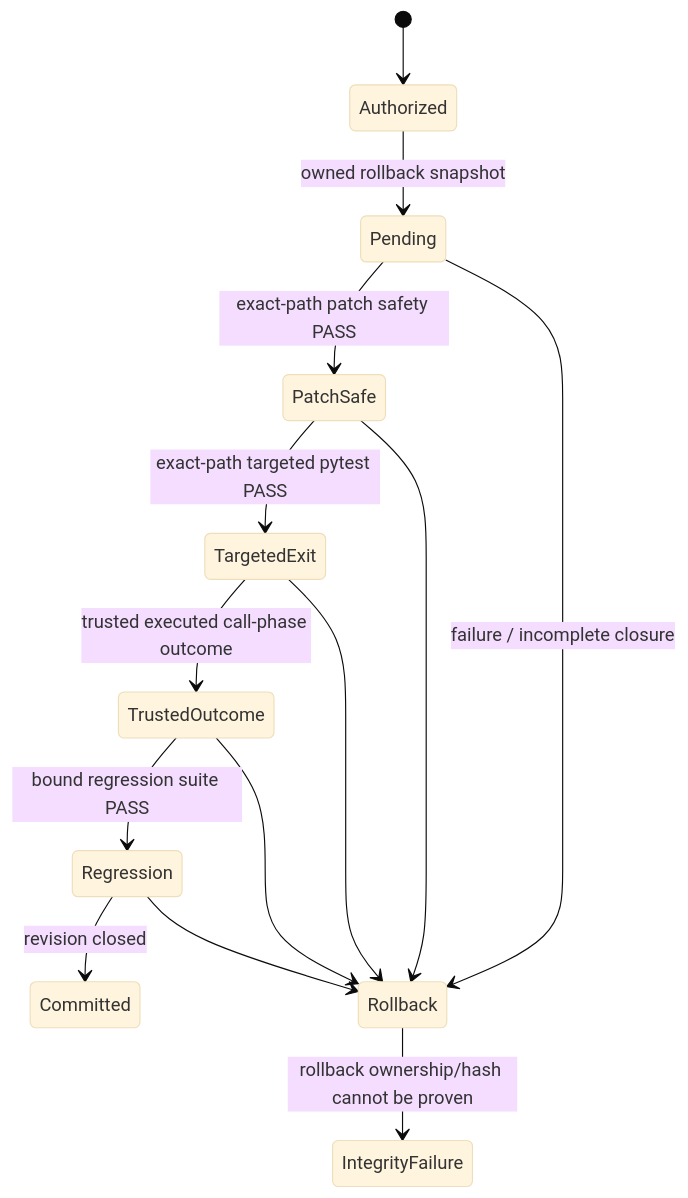
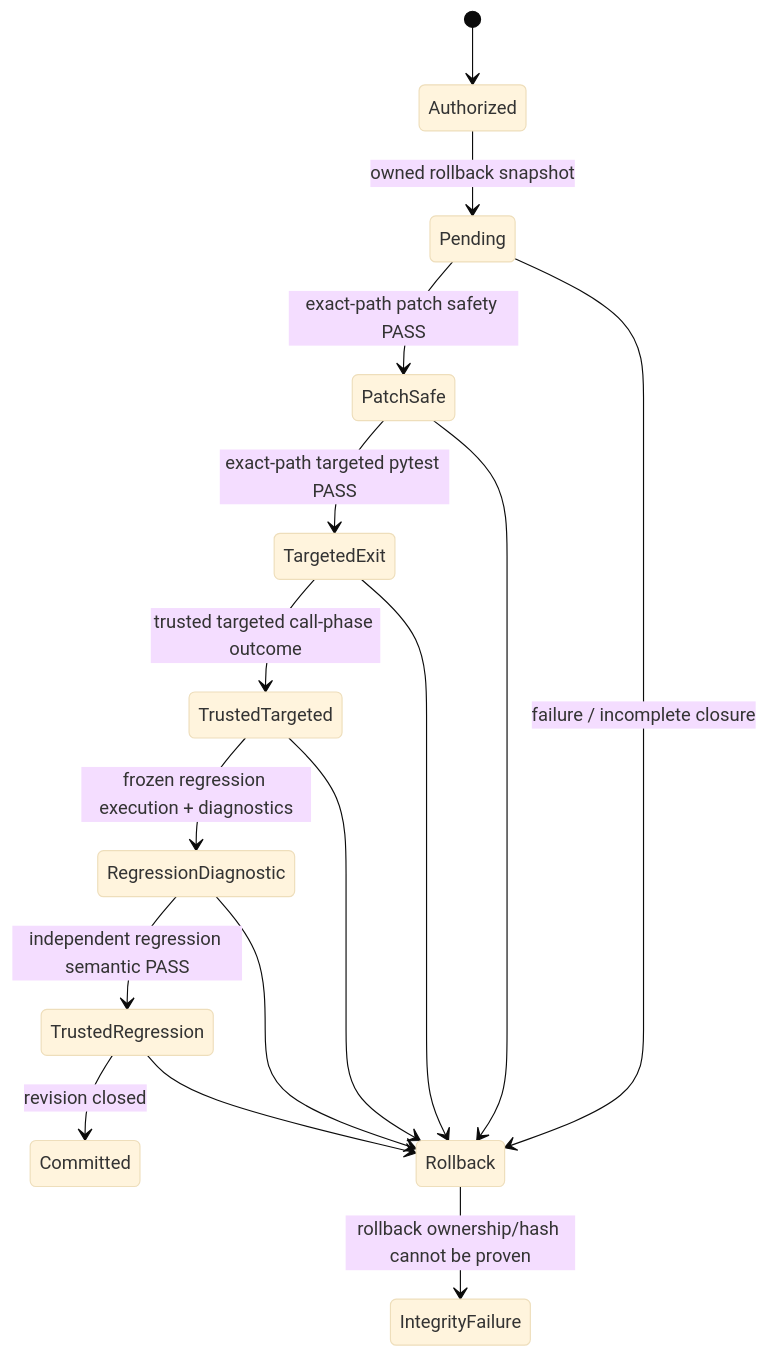
Before and after one commit to portyu9/ai-qa-automation: the diagram in docs/RESULT_CONTRACT.md, drawn with Mermaid (base theme). The commit also changed other lines of this file, not shown here.

Commit message:
Document independent regression execution authority

````diff
--- a/docs/RESULT_CONTRACT.md
+++ b/docs/RESULT_CONTRACT.md
@@ -131,20 +132,22 @@
 ```mermaid
 stateDiagram-v2
     accTitle: Revision-bound mutation transaction from authorization through rollback-backed validation closure
-    accDescr: An authorized mutation receives an owned rollback snapshot and enters a pending state. Exact-path patch safety, exact-path targeted pytest plus trusted out-of-process executed-test outcome authority, and one controller-bound reconciled full-regression suite must all pass before commit; failures or incomplete closure route to rollback, and unprovable rollback ownership or integrity escalates to infrastructure failure.
+    accDescr: An authorized mutation receives an owned rollback snapshot and enters a pending state. Exact-path patch safety, exact-path targeted pytest plus trusted out-of-process targeted outcome authority, and independently trusted full-regression executed-test semantics must all pass before commit; failures or incomplete closure route to rollback, and unprovable rollback ownership or integrity escalates to infrastructure failure.
 
     [*] --> Authorized
     Authorized --> Pending: owned rollback snapshot
     Pending --> PatchSafe: exact-path patch safety PASS
     PatchSafe --> TargetedExit: exact-path targeted pytest PASS
-    TargetedExit --> TrustedOutcome: trusted executed call-phase outcome
-    TrustedOutcome --> Regression: bound regression suite PASS
-    Regression --> Committed: revision closed
+    TargetedExit --> TrustedTargeted: trusted targeted call-phase outcome
+    TrustedTargeted --> RegressionDiagnostic: frozen regression execution + diagnostics
+    RegressionDiagnostic --> TrustedRegression: independent regression semantic PASS
+    TrustedRegression --> Committed: revision closed
 
     Pending --> Rollback: failure / incomplete closure
     PatchSafe --> Rollback
     TargetedExit --> Rollback
-    TrustedOutcome --> Rollback
-    Regression --> Rollback
+    TrustedTargeted --> Rollback
+    RegressionDiagnostic --> Rollback
+    TrustedRegression --> Rollback
     Rollback --> IntegrityFailure: rollback ownership/hash cannot be proven
 ```
````
